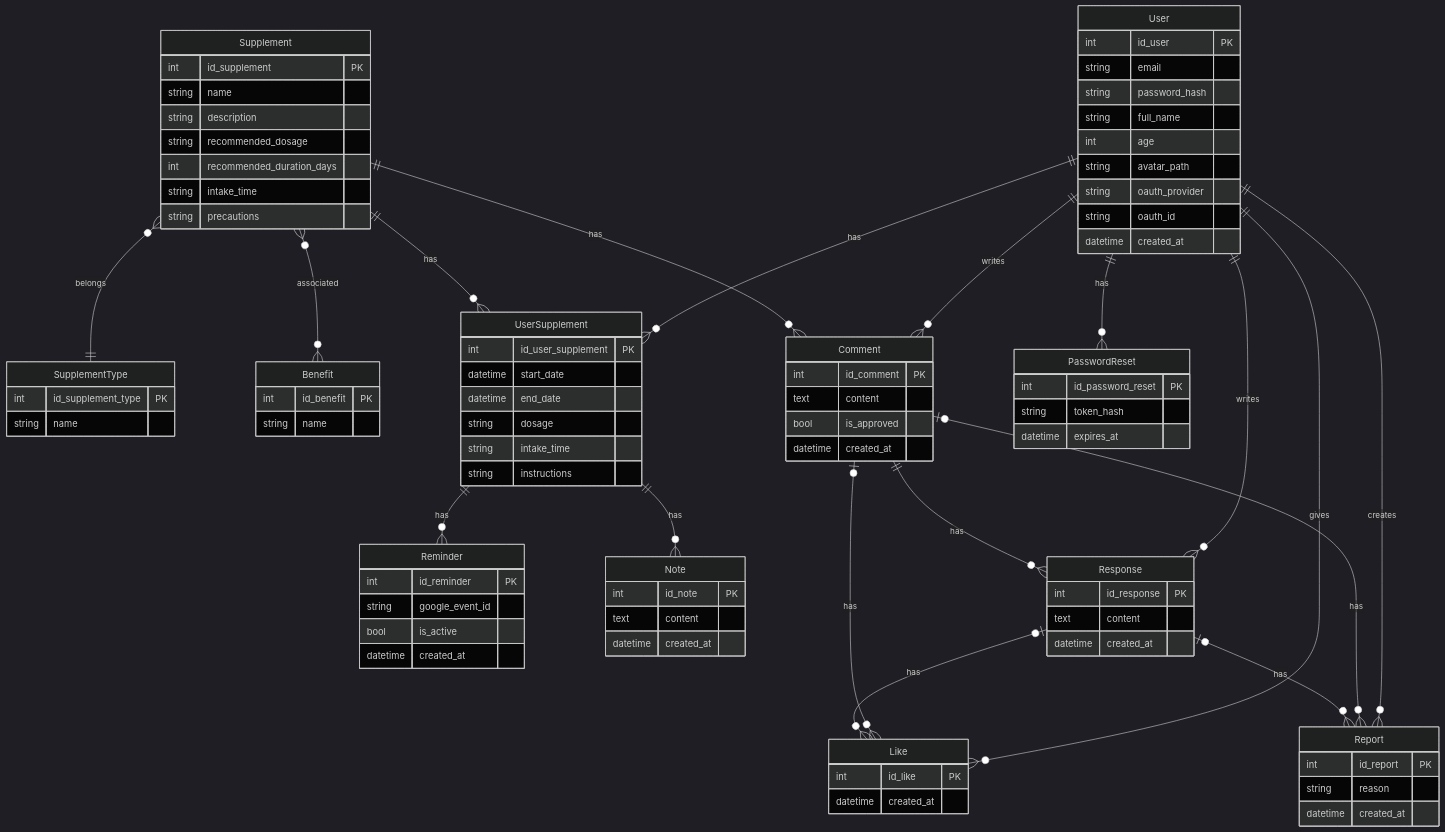
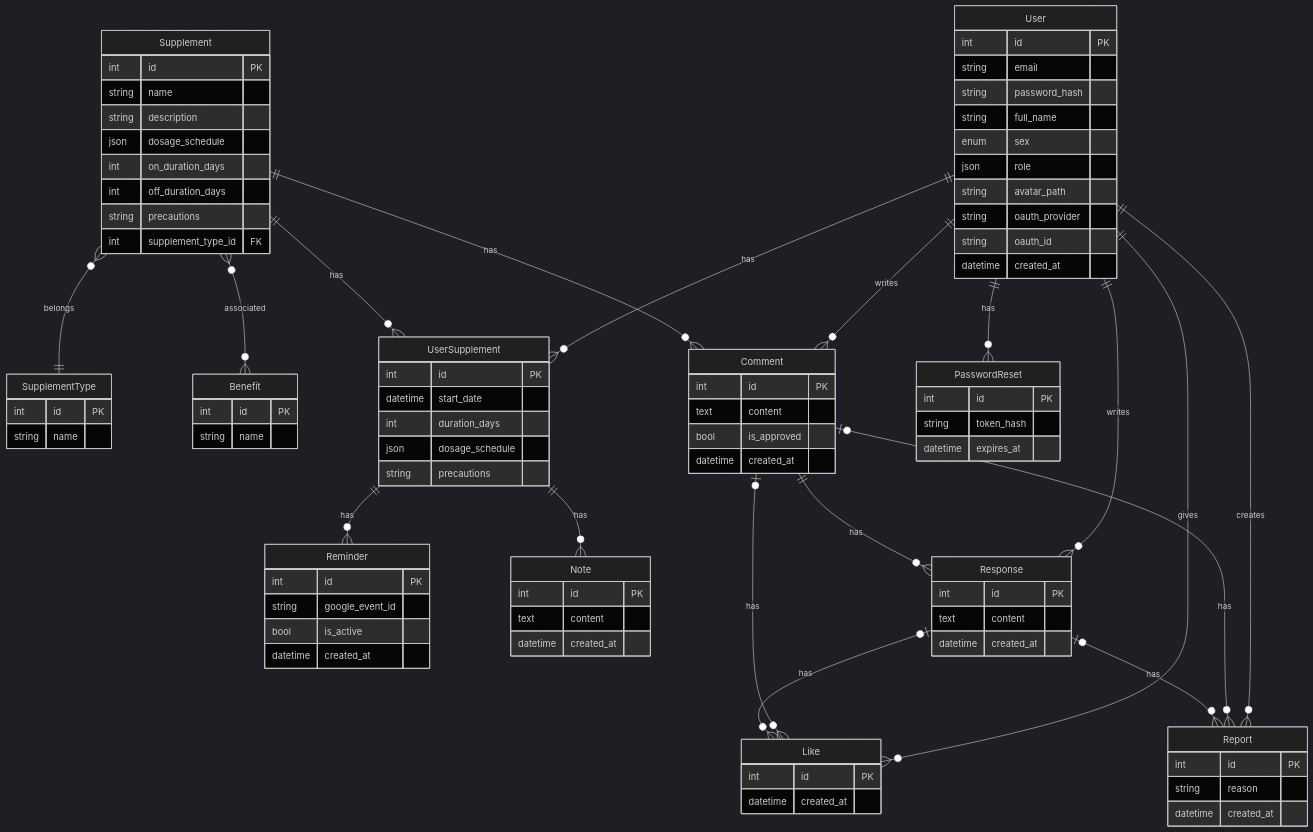
One commit to ArchilaRojas-Javier/project-final-cdpi changed the diagram in dossier-projet/MCD.md. Above: the diagram before and after it, drawn with Mermaid (dark theme). The commit also changed 1 other file, not shown here.

Commit message:
MLD modified

````diff
--- a/dossier-projet/MCD.md
+++ b/dossier-projet/MCD.md
@@ -5,11 +5,12 @@
 ```mermaid
 erDiagram
     User {
-        int id_user PK
+        int id PK
         string email
         string password_hash
         string full_name
-        int age
+        enum sex
+        json role
         string avatar_path
         string oauth_provider
         string oauth_id
@@ -17,73 +18,73 @@
     }
 
     SupplementType {
-        int id_supplement_type PK
+        int id PK
         string name
     }
 
     Supplement {
-        int id_supplement PK
+        int id PK
         string name
         string description
-        string recommended_dosage
-        int recommended_duration_days
-        string intake_time
+        json dosage_schedule
+        int on_duration_days
+        int off_duration_days
         string precautions
+        int supplement_type_id FK
     }
 
     Benefit {
-        int id_benefit PK
+        int id PK
         string name
     }
 
     UserSupplement {
-        int id_user_supplement PK
+        int id PK
         datetime start_date
-        datetime end_date
-        string dosage
-        string intake_time
-        string instructions
+        int duration_days
+        json dosage_schedule      
+        string precautions
     }
 
     Reminder {
-        int id_reminder PK
+        int id PK
         string google_event_id
         bool is_active
         datetime created_at
     }
 
     Note {
-        int id_note PK
+        int id PK
         text content
         datetime created_at
     }
 
     Comment {
-        int id_comment PK
+        int id PK
         text content
         bool is_approved
         datetime created_at
     }
 
     Response {
-        int id_response PK
+        int id PK
         text content
         datetime created_at
     }
 
     Like {
-        int id_like PK
+        int id PK
         datetime created_at
     }
 
     Report {
-        int id_report PK
+        int id PK
         string reason
         datetime created_at
     }
 
     PasswordReset {
-        int id_password_reset PK
+        int id PK
         string token_hash
         datetime expires_at
     }
````
